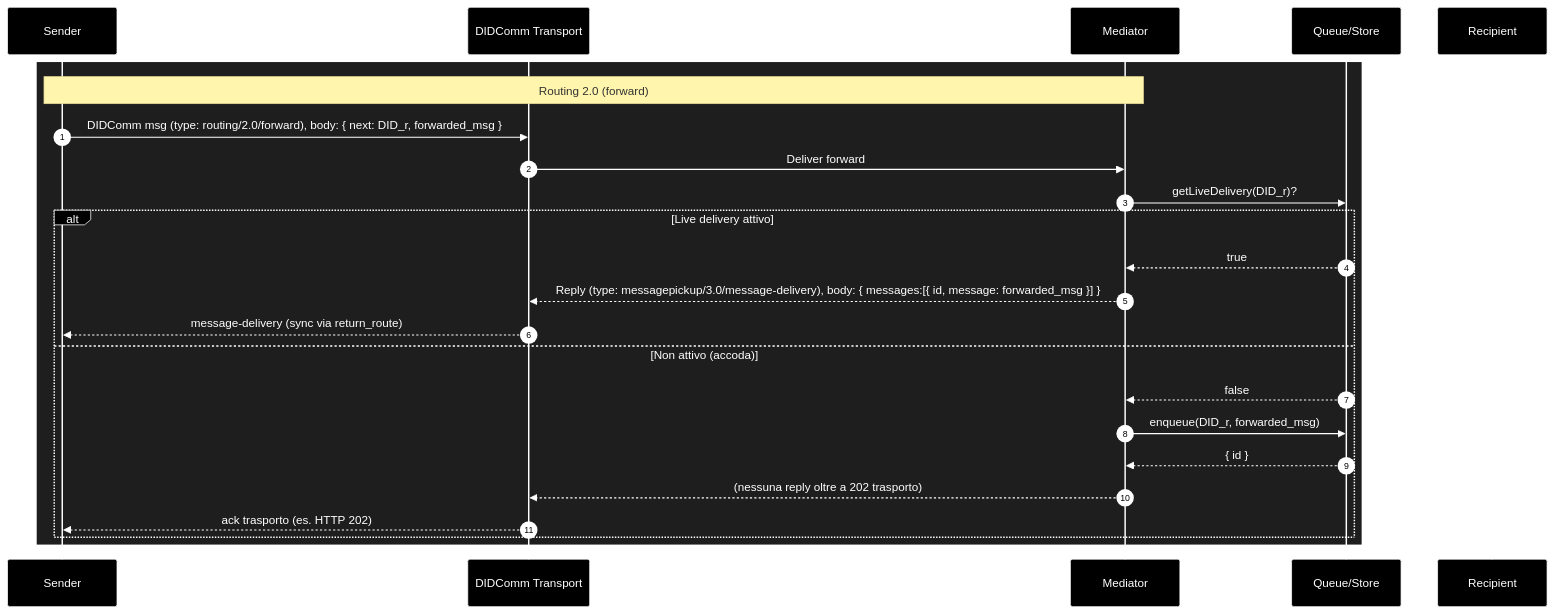
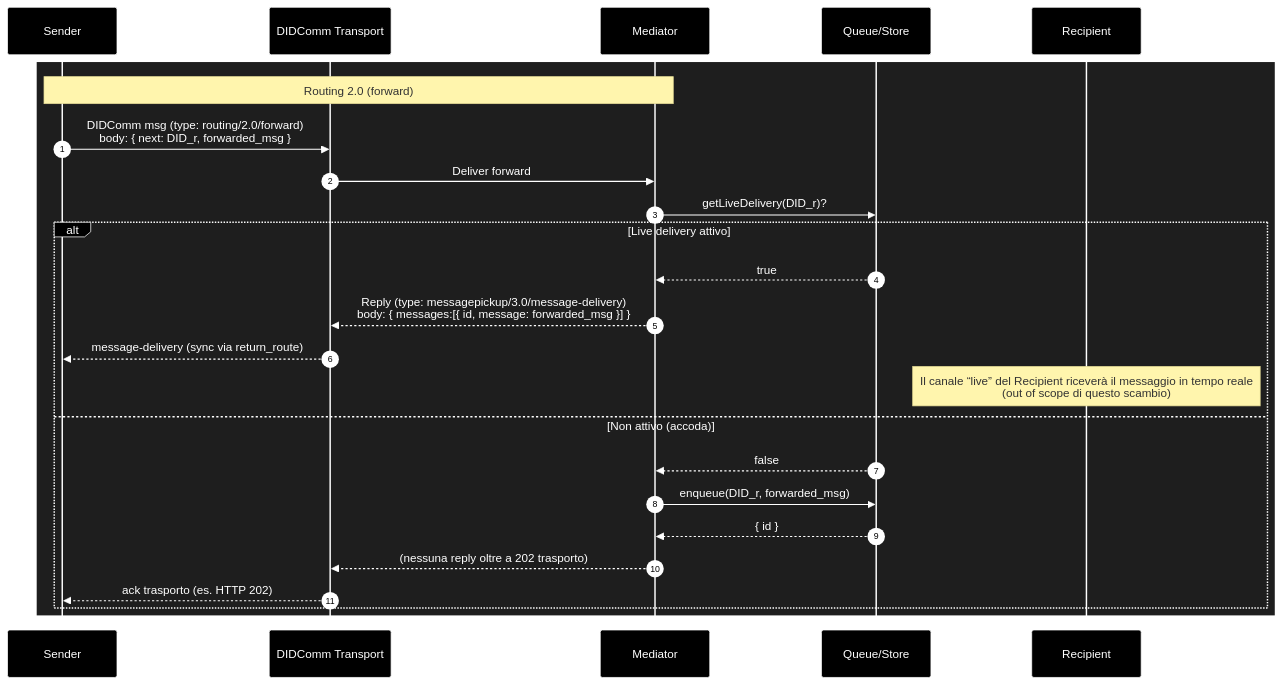
Before and after one commit to exo404/3did: the diagram in docs/Routing2.md, drawn with Mermaid.

Commit message:
fix: Fix formatting in Routing2.md for clarity

````diff
--- a/docs/Routing2.md
+++ b/docs/Routing2.md
@@ -1,37 +1,38 @@
 ```mermaid
 %%{init: {"theme":"base", "themeVariables": {
   "background":"#000000",
   "primaryColor":"#000000",
   "primaryTextColor":"#ffffff",
   "primaryBorderColor":"#ffffff",
   "lineColor":"#ffffff",
   "secondaryColor":"#000000",
   "tertiaryColor":"#000000"
 }}}%%
 
 sequenceDiagram
   autonumber
   participant S as Sender
   participant T as DIDComm Transport
   participant M as Mediator
   participant Q as Queue/Store
   participant R as Recipient
 
   rect rgb(30,30,30)
     note over S,M: Routing 2.0 (forward)
-    S->>T: DIDComm msg (type: routing/2.0/forward), body: { next: DID_r, forwarded_msg }
+    S->>T: DIDComm msg (type: routing/2.0/forward)<br/>body: { next: DID_r, forwarded_msg }
     T->>M: Deliver forward
     M->>Q: getLiveDelivery(DID_r)?
     alt Live delivery attivo
       Q-->>M: true
-      M-->>T: Reply (type: messagepickup/3.0/message-delivery), body: { messages:[{ id, message: forwarded_msg }] }
+      M-->>T: Reply (type: messagepickup/3.0/message-delivery)<br/>body: { messages:[{ id, message: forwarded_msg }] }
       T-->>S: message-delivery (sync via return_route)
+      note over R: Il canale “live” del Recipient riceverà il messaggio in tempo reale<br/>(out of scope di questo scambio)
     else Non attivo (accoda)
       Q-->>M: false
       M->>Q: enqueue(DID_r, forwarded_msg)
       Q-->>M: { id }
       M-->>T: (nessuna reply oltre a 202 trasporto)
       T-->>S: ack trasporto (es. HTTP 202)
     end
   end
   ```
````
